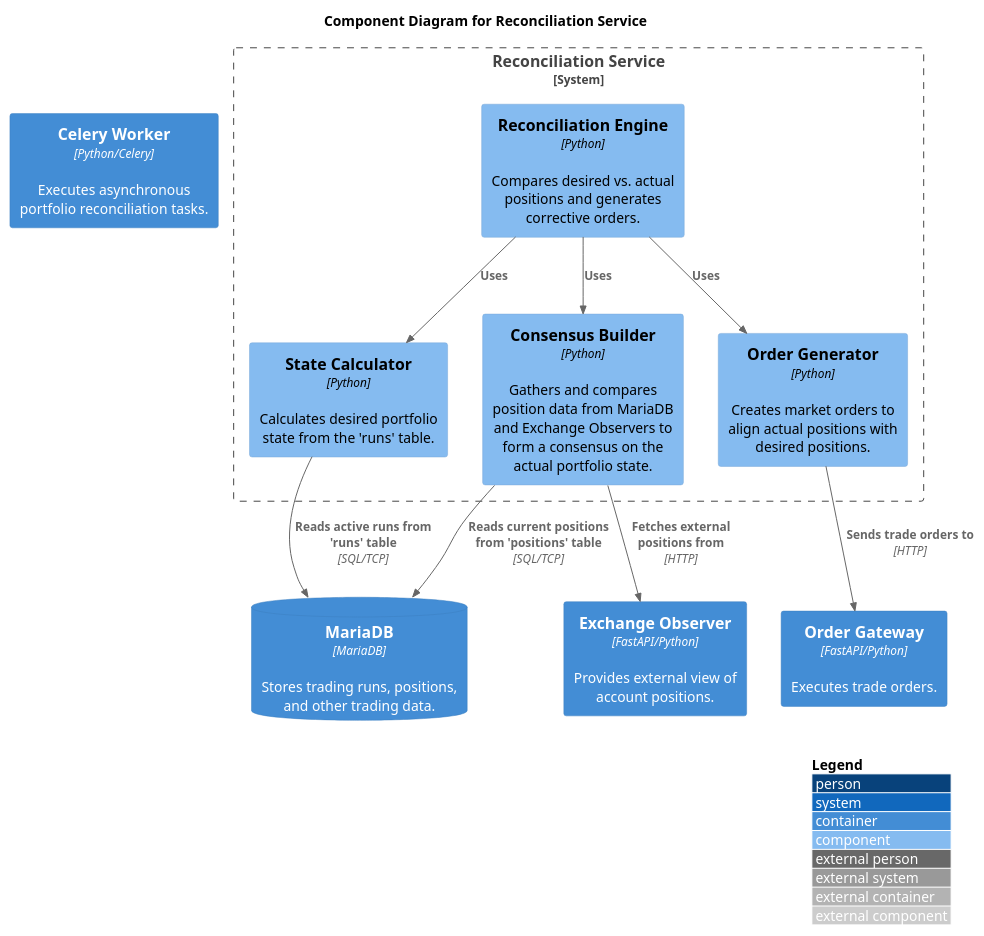
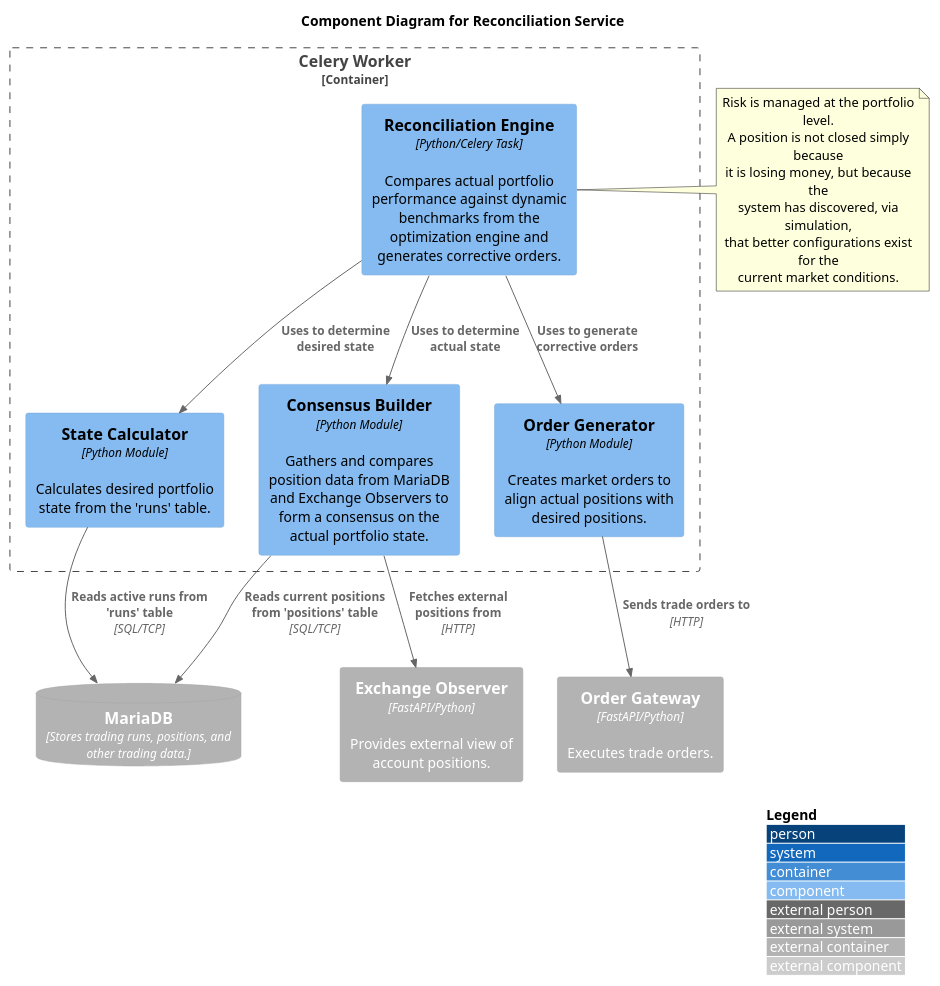
Before and after one commit to tttrisagion/3T: the diagram in docs/arch/level-3-reconciliation-service.puml, drawn with PlantUML. The commit also changed 23 other files, not shown here.

Commit message:
updated diagrams based on latest changes

```diff
--- a/docs/arch/level-3-reconciliation-service.puml
+++ b/docs/arch/level-3-reconciliation-service.puml
@@ -1,31 +1,39 @@
 @startuml Reconciliation Service Components
+
 !include <C4/C4_Component.puml>
 
 LAYOUT_WITH_LEGEND()
 LAYOUT_TOP_DOWN()
 
 title Component Diagram for Reconciliation Service
 
-Container(celery_worker, "Celery Worker", "Python/Celery", "Executes asynchronous portfolio reconciliation tasks.")
-
-ContainerDb(mariadb, "MariaDB", "MariaDB", "Stores trading runs, positions, and other trading data.")
-Container(order_gateway, "Order Gateway", "FastAPI/Python", "Executes trade orders.")
-Container(exchange_observer, "Exchange Observer", "FastAPI/Python", "Provides external view of account positions.")
-
-System_Boundary(reconciliation_service, "Reconciliation Service") {
-    Component(reconciliation_engine, "Reconciliation Engine", "Python", "Compares desired vs. actual positions and generates corrective orders.")
-    Component(state_calculator, "State Calculator", "Python", "Calculates desired portfolio state from the 'runs' table.")
-    Component(consensus_builder, "Consensus Builder", "Python", "Gathers and compares position data from MariaDB and Exchange Observers to form a consensus on the actual portfolio state.")
-    Component(order_generator, "Order Generator", "Python", "Creates market orders to align actual positions with desired positions.")
+Container_Boundary(celery_worker, "Celery Worker") {
+    Component(reconciliation_engine, "Reconciliation Engine", "Python/Celery Task", "Compares actual portfolio performance against dynamic benchmarks from the optimization engine and generates corrective orders.")
+    Component(state_calculator, "State Calculator", "Python Module", "Calculates desired portfolio state from the 'runs' table.")
+    Component(consensus_builder, "Consensus Builder", "Python Module", "Gathers and compares position data from MariaDB and Exchange Observers to form a consensus on the actual portfolio state.")
+    Component(order_generator, "Order Generator", "Python Module", "Creates market orders to align actual positions with desired positions.")
+    
+    Rel(reconciliation_engine, state_calculator, "Uses to determine desired state")
+    Rel(reconciliation_engine, consensus_builder, "Uses to determine actual state")
+    Rel(reconciliation_engine, order_generator, "Uses to generate corrective orders")
 }
 
-Rel(reconciliation_engine, state_calculator, "Uses")
-Rel(reconciliation_engine, consensus_builder, "Uses")
-Rel(reconciliation_engine, order_generator, "Uses")
+ContainerDb_Ext(mariadb, "MariaDB", "Stores trading runs, positions, and other trading data.")
+Container_Ext(order_gateway, "Order Gateway", "FastAPI/Python", "Executes trade orders.")
+Container_Ext(exchange_observer, "Exchange Observer", "FastAPI/Python", "Provides external view of account positions.")
 
 Rel(state_calculator, mariadb, "Reads active runs from 'runs' table", "SQL/TCP")
 Rel(consensus_builder, mariadb, "Reads current positions from 'positions' table", "SQL/TCP")
 Rel(consensus_builder, exchange_observer, "Fetches external positions from", "HTTP")
 Rel(order_generator, order_gateway, "Sends trade orders to", "HTTP")
 
+note right of reconciliation_engine
+  Risk is managed at the portfolio level.
+  A position is not closed simply because
+  it is losing money, but because the
+  system has discovered, via simulation,
+  that better configurations exist for the
+  current market conditions.
+end note
+
 @enduml
```
